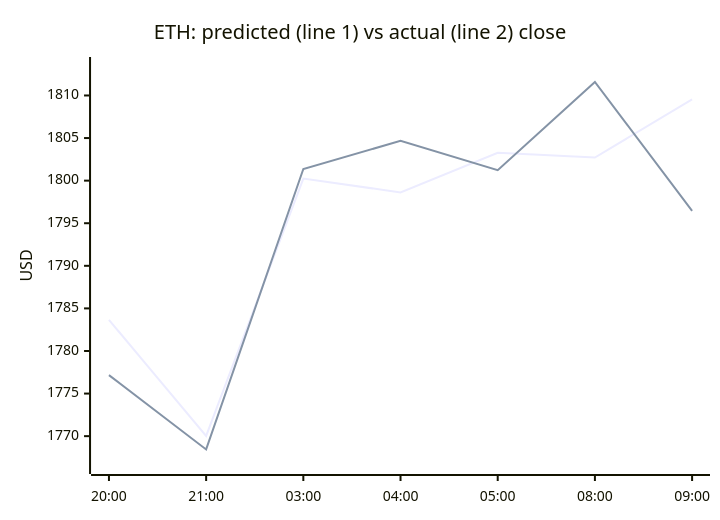
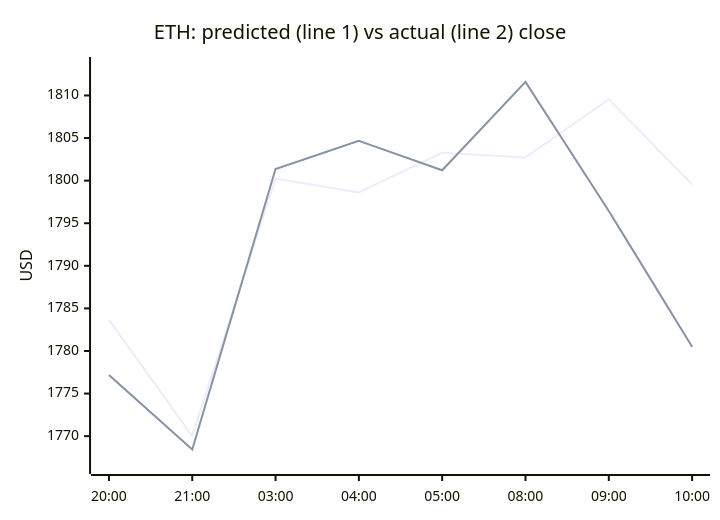
The second of 4 diagrams in README.md (samuelkreitl-wq/crypto-hourly-forecaster), drawn with Mermaid before and after one commit. The commit also changed other lines of this file and 14 other files, not shown here.

````diff
--- a/README.md
+++ b/README.md
@@ -47,8 +47,8 @@
 ```mermaid
 xychart-beta
     title "ETH: predicted (line 1) vs actual (line 2) close"
-    x-axis ["20:00", "21:00", "03:00", "04:00", "05:00", "08:00", "09:00"]
+    x-axis ["20:00", "21:00", "03:00", "04:00", "05:00", "08:00", "09:00", "10:00"]
     y-axis "USD" 1766.6716 --> 1813.4016
-    line [1783.6536, 1770.0216, 1800.2369, 1798.6210, 1803.2721, 1802.7104, 1809.5477]
-    line [1777.1700, 1768.4400, 1801.3700, 1804.6700, 1801.2200, 1811.5900, 1796.4400]
+    line [1783.6536, 1770.0216, 1800.2369, 1798.6210, 1803.2721, 1802.7104, 1809.5477, 1799.5438]
+    line [1777.1700, 1768.4400, 1801.3700, 1804.6700, 1801.2200, 1811.5900, 1796.4400, 1780.4900]
 ```
````
